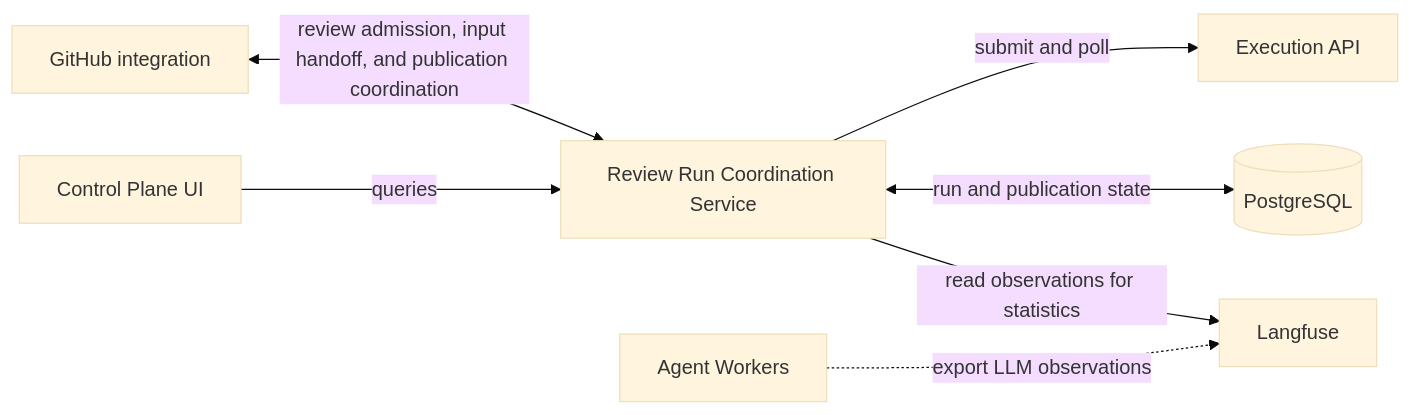
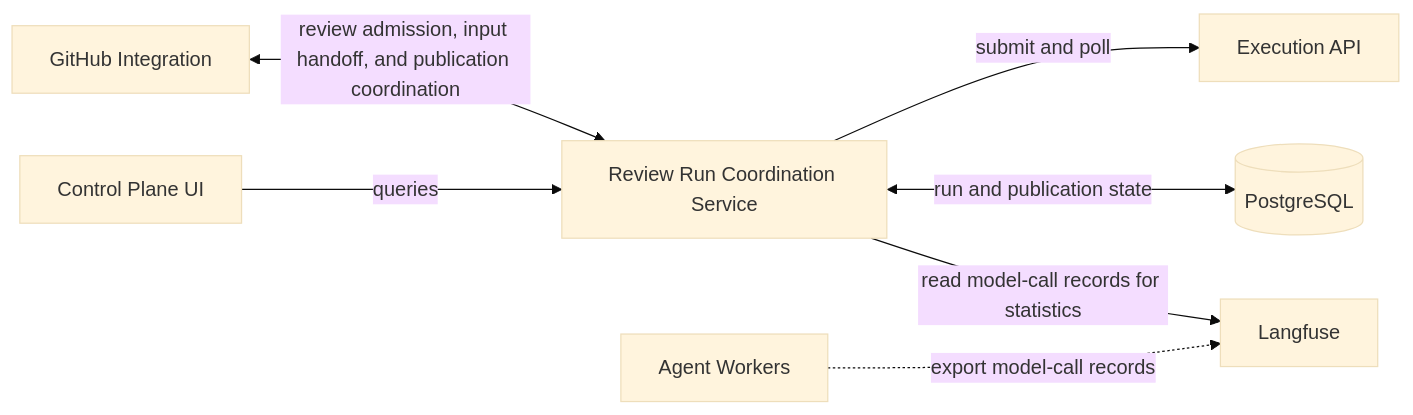
The first of 5 diagrams in services/review-runs/README.md (Agent-AI-Chalmers/sec-review-bot), drawn with Mermaid (base theme) before and after one commit. The commit also changed other lines of this file and 111 other files, not shown here.

````diff
--- a/services/review-runs/README.md
+++ b/services/review-runs/README.md
@@ -9,9 +9,9 @@
 ```mermaid
 flowchart LR
-  integration[GitHub integration] <-->|review admission, input handoff, and publication coordination| control[Review Run Coordination Service]
+  integration[GitHub Integration] <-->|review admission, input handoff, and publication coordination| control[Review Run Coordination Service]
   control -->|submit and poll| execution[Execution API]
   control <-->|run and publication state| postgres[(PostgreSQL)]
-  workers[Agent Workers] -.->|export LLM observations| langfuse[Langfuse]
-  control -->|read observations for statistics| langfuse
+  workers[Agent Workers] -.->|export model-call records| langfuse[Langfuse]
+  control -->|read model-call records for statistics| langfuse
   ui[Control Plane UI] -->|queries| control
 ```
````
